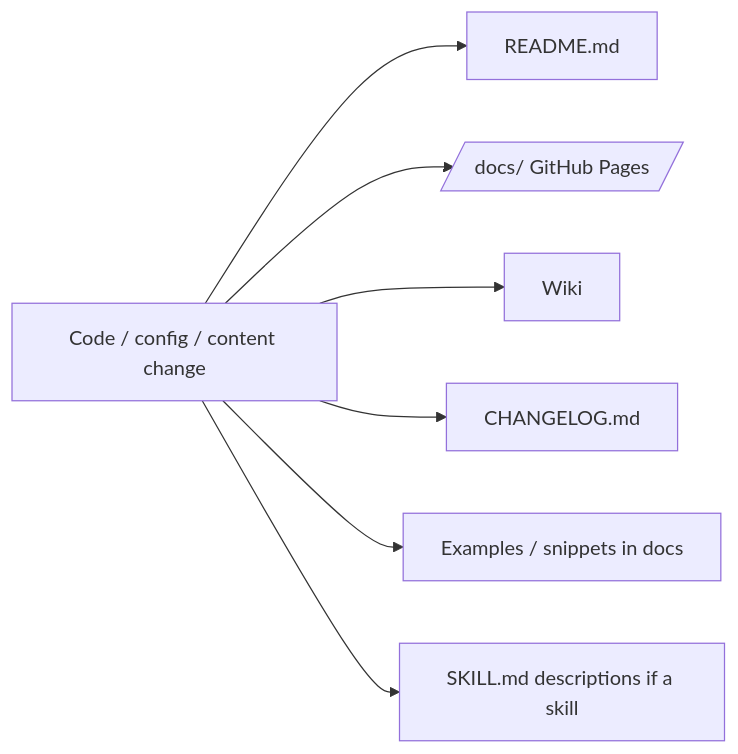
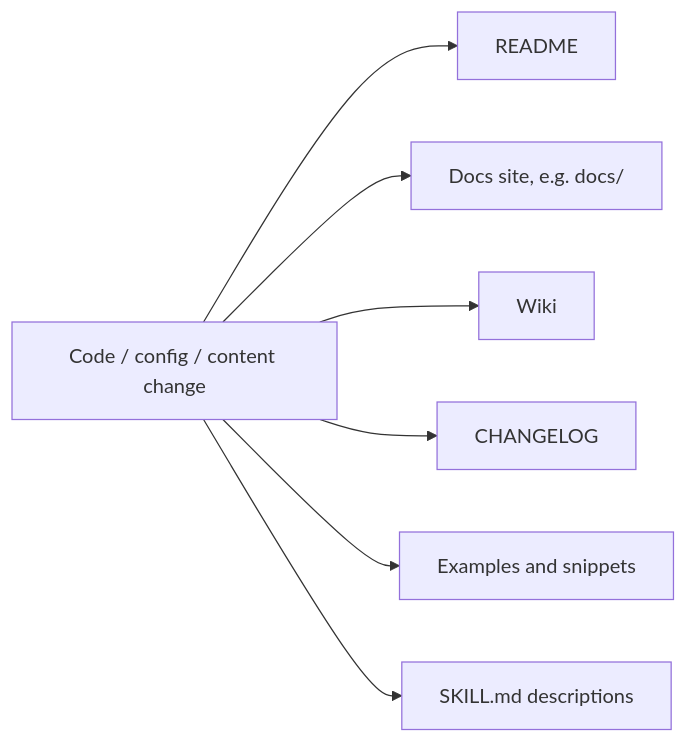
The diagram in docs-sync-on-change/SKILL.md (M2LabOrg/agent-skills), drawn with Mermaid before and after one commit. The commit also changed other lines of this file and 55 other files, not shown here.

````diff
--- a/docs-sync-on-change/SKILL.md
+++ b/docs-sync-on-change/SKILL.md
@@ -12,9 +14,9 @@
 ```mermaid
 flowchart LR
-    Change[Code / config / content change] --> R[README.md]
-    Change --> P[/docs/ GitHub Pages/]
+    Change[Code / config / content change] --> R[README]
+    Change --> P[Docs site, e.g. docs/]
     Change --> W[Wiki]
-    Change --> C[CHANGELOG.md]
-    Change --> E[Examples / snippets in docs]
-    Change --> S[SKILL.md descriptions if a skill]
+    Change --> C[CHANGELOG]
+    Change --> E[Examples and snippets]
+    Change --> S[SKILL.md descriptions]
 ```
````
